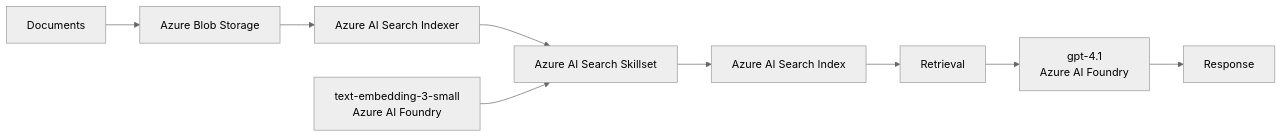
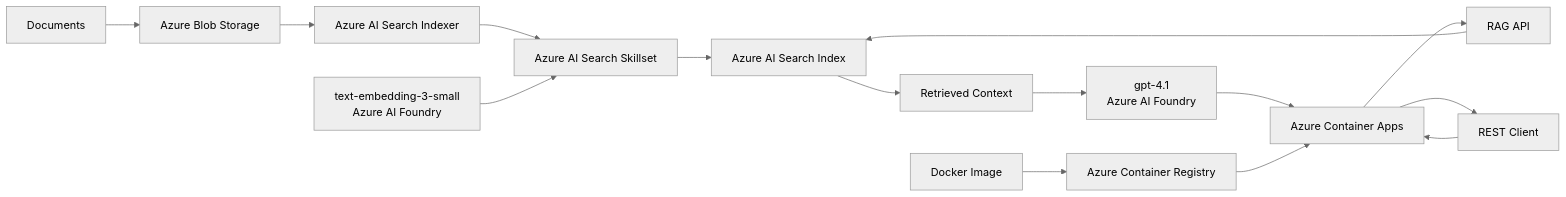
Before and after one commit to txominvs/azure-rag: the diagram in README.md, drawn with Mermaid (neutral theme). The commit also changed other lines of this file, not shown here.

Commit message:
Enhance README with containerization and deployment info
Updated README to include details about containerization and deployment processes.

````diff
--- a/README.md
+++ b/README.md
@@ -11,12 +11,20 @@
 ```mermaid
 flowchart LR
     A[Documents] --> B[Azure Blob Storage]
     B --> C[Azure AI Search Indexer]
     C --> D[Azure AI Search Skillset]
     D --> E[Azure AI Search Index]
 
     F[text-embedding-3-small<br/>Azure AI Foundry] --> D
-    E --> G[Retrieval]
-    G --> H[gpt-4.1<br/>Azure AI Foundry]
-    H --> I[Response]
+
+    U[REST Client] --> G[Azure Container Apps]
+    G --> H[RAG API]
+    H --> E
+    E --> I[Retrieved Context]
+    I --> J[gpt-4.1<br/>Azure AI Foundry]
+    J --> G
+    G --> U
+
+    K[Docker Image] --> L[Azure Container Registry]
+    L --> G
 ```
````
